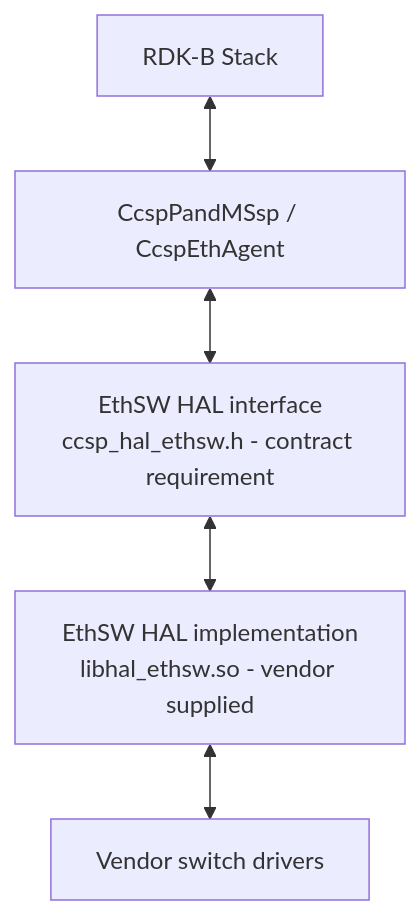
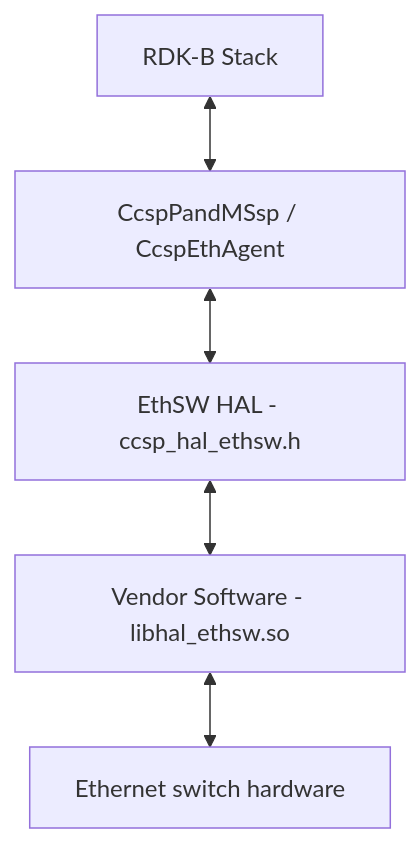
One commit to Blitzy-Sky/rdkb-halif-ethsw changed the first of 2 diagrams in docs/pages/halSpec.md. Above: the diagram before and after it, drawn with Mermaid. The commit also changed other lines of this file, not shown here.

First line of the commit message:
docs: simplify the EthSW_HAL specification

````diff
--- a/docs/pages/halSpec.md
+++ b/docs/pages/halSpec.md
@@ -64,7 +36,7 @@
 ```mermaid
 flowchart TD
-    Stack[RDK-B Stack] <--> Owner["CcspPandMSsp / CcspEthAgent"]
-    Owner <--> Contract["EthSW HAL interface<br/>ccsp_hal_ethsw.h - contract requirement"]
-    Contract <--> Impl["EthSW HAL implementation<br/>libhal_ethsw.so - vendor supplied"]
-    Impl <--> Drivers[Vendor switch drivers]
+    Stack[RDK-B Stack] <--> Caller["CcspPandMSsp / CcspEthAgent"]
+    Caller <--> HAL["EthSW HAL - ccsp_hal_ethsw.h"]
+    HAL <--> Vendor["Vendor Software - libhal_ethsw.so"]
+    Vendor <--> Switch[Ethernet switch hardware]
 ```
````
